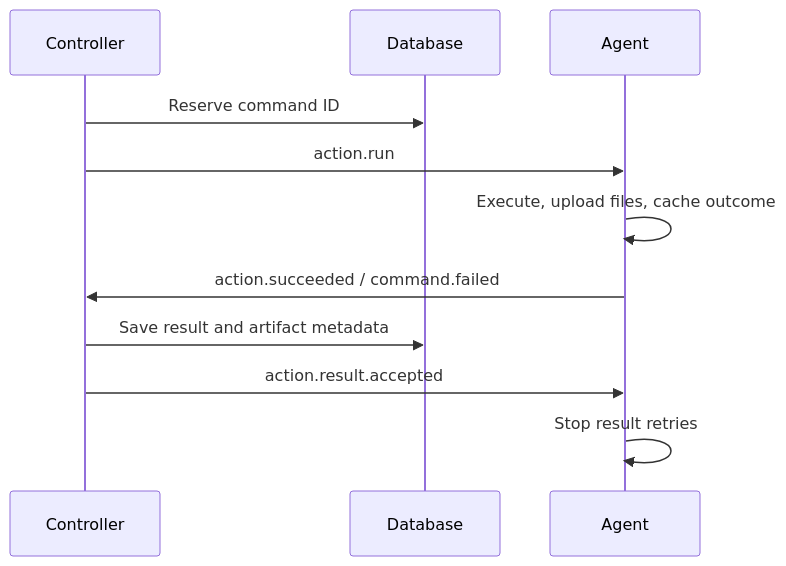
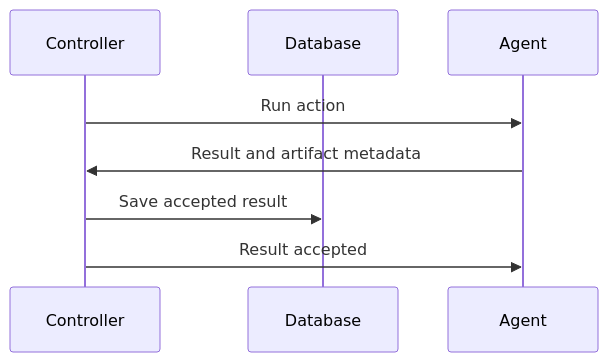
Before and after one commit to defos-ai/commander: the diagram in framework/comms/messages/README.md, drawn with Mermaid. The commit also changed other lines of this file and 30 other files, not shown here.

````diff
--- a/framework/comms/messages/README.md
+++ b/framework/comms/messages/README.md
@@ -50,13 +23,10 @@
 ```mermaid
 sequenceDiagram
     participant C as Controller
     participant D as Database
     participant A as Agent
-    C->>D: Reserve command ID
-    C->>A: action.run
-    A->>A: Execute, upload files, cache outcome
-    A->>C: action.succeeded / command.failed
-    C->>D: Save result and artifact metadata
-    C->>A: action.result.accepted
-    A->>A: Stop result retries
+    C->>A: Run action
+    A->>C: Result and artifact metadata
+    C->>D: Save accepted result
+    C->>A: Result accepted
 ```
````
